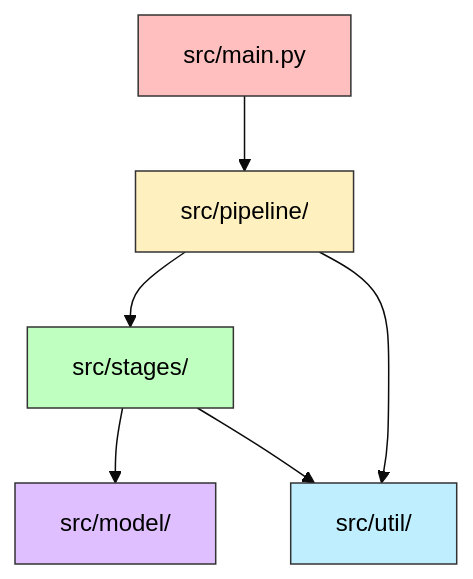
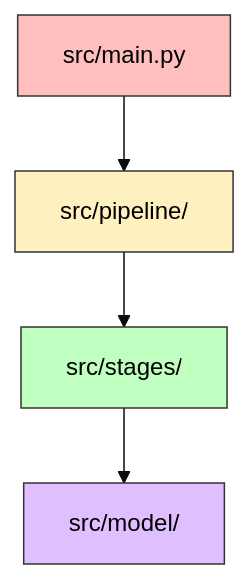
Before and after one commit to yoshiInGit/thb-short: the diagram in README.md, drawn with Mermaid (base theme). The commit also changed other lines of this file, not shown here.

````diff
--- a/README.md
+++ b/README.md
@@ -103,14 +102,11 @@
 ```mermaid
 graph TD
     classDef main fill:#ffbfbf,stroke:#333,stroke-width:1px,color:#000
     classDef pipeline fill:#fff0bf,stroke:#333,stroke-width:1px,color:#000
     classDef stages fill:#bfffbf,stroke:#333,stroke-width:1px,color:#000
-    classDef util fill:#bfefff,stroke:#333,stroke-width:1px,color:#000
     classDef model fill:#dfbfff,stroke:#333,stroke-width:1px,color:#000
 
     Main[src/main.py]:::main --> Pipeline[src/pipeline/]:::pipeline
     Pipeline --> Stages[src/stages/]:::stages
-    Pipeline --> Util[src/util/]:::util
     Stages --> Model[src/model/]:::model
-    Stages --> Util
 ```
````
